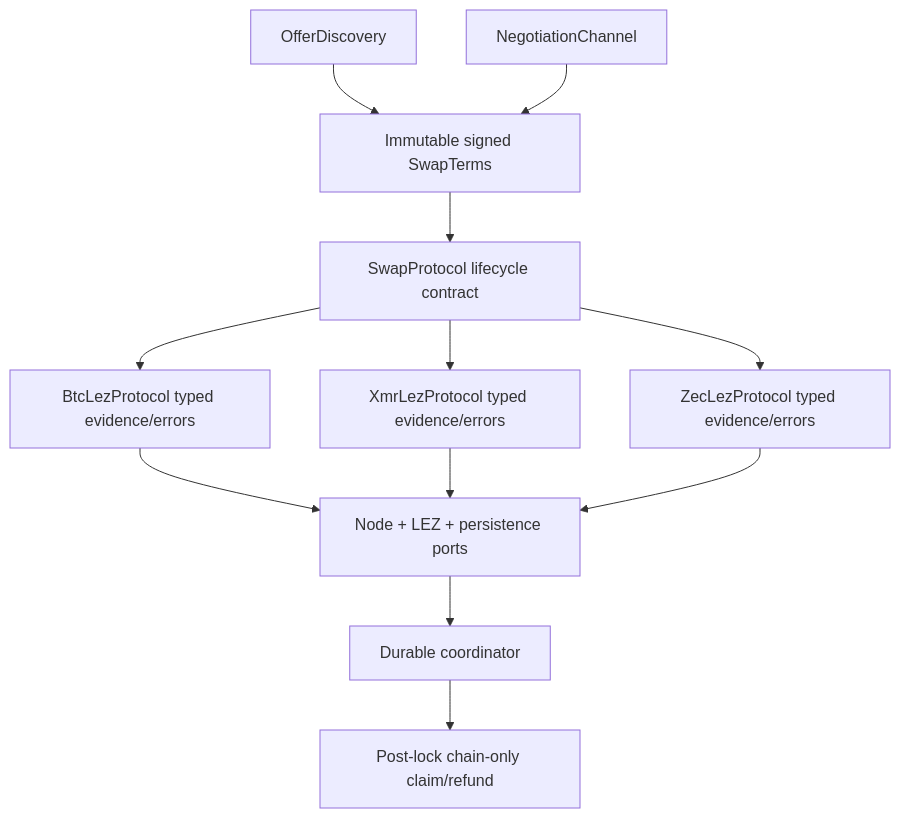
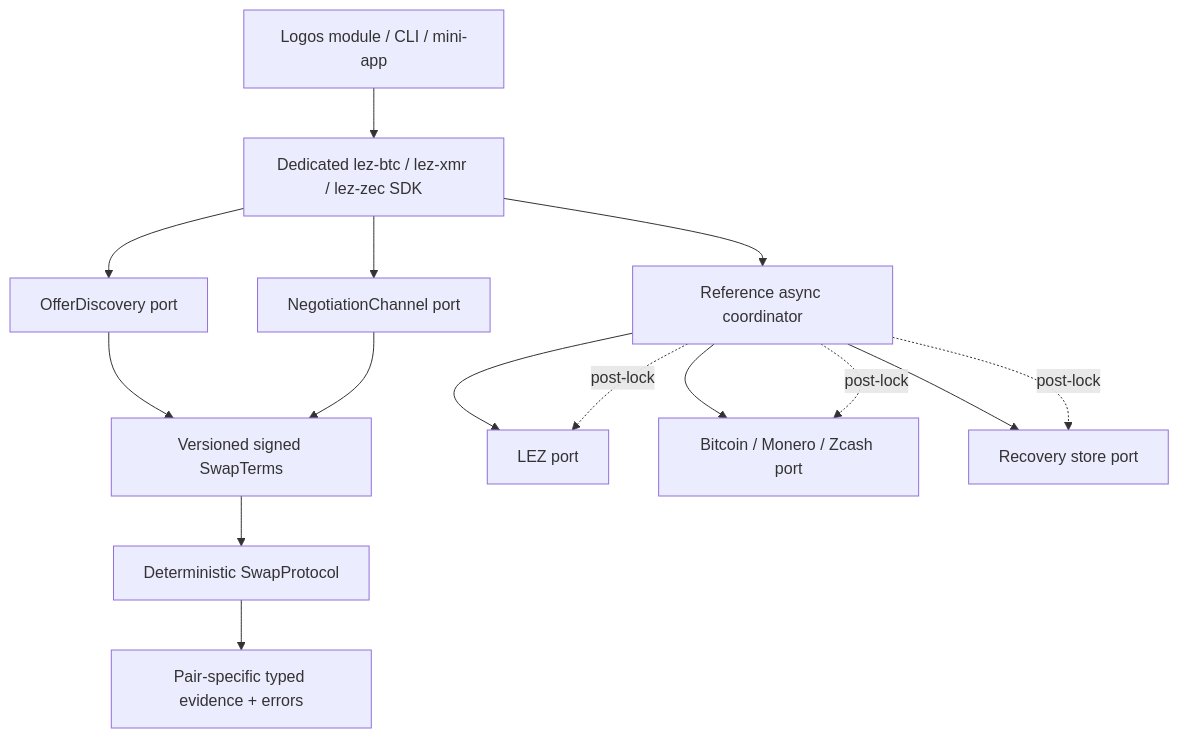
One commit to gateway-fm/lez-atomic-swaps changed the first of 2 diagrams in docs/milestone-1/sdk-trait-surface.md. Above: the diagram before and after it, drawn with Mermaid. The commit also changed other lines of this file and 12 other files, not shown here.

Commit message:
docs: finalize milestone one architecture designs

````diff
--- a/docs/milestone-1/sdk-trait-surface.md
+++ b/docs/milestone-1/sdk-trait-surface.md
@@ -5,14 +5,17 @@
 ```mermaid
 flowchart TB
-    Discovery["OfferDiscovery"] --> Terms["Immutable signed SwapTerms"]
-    Negotiation["NegotiationChannel"] --> Terms
-    Terms --> Common["SwapProtocol lifecycle contract"]
-    Common --> BTC["BtcLezProtocol typed evidence/errors"]
-    Common --> XMR["XmrLezProtocol typed evidence/errors"]
-    Common --> ZEC["ZecLezProtocol typed evidence/errors"]
-    BTC --> Ports["Node + LEZ + persistence ports"]
-    XMR --> Ports
-    ZEC --> Ports
-    Ports --> Coordinator["Durable coordinator"]
-    Coordinator --> Recovery["Post-lock chain-only claim/refund"]
+    App["Logos module / CLI / mini-app"] --> Pair["Dedicated lez-btc / lez-xmr / lez-zec SDK"]
+    Pair --> Discover["OfferDiscovery port"]
+    Pair --> Negotiate["NegotiationChannel port"]
+    Discover --> Terms["Versioned signed SwapTerms"]
+    Negotiate --> Terms
+    Terms --> Pure["Deterministic SwapProtocol"]
+    Pure --> Evidence["Pair-specific typed evidence + errors"]
+    Pair --> Runtime["Reference async coordinator"]
+    Runtime --> LEZ["LEZ port"]
+    Runtime --> Foreign["Bitcoin / Monero / Zcash port"]
+    Runtime --> Store["Recovery store port"]
+    Runtime -. post-lock .-> LEZ
+    Runtime -. post-lock .-> Foreign
+    Runtime -. post-lock .-> Store
 ```
````
